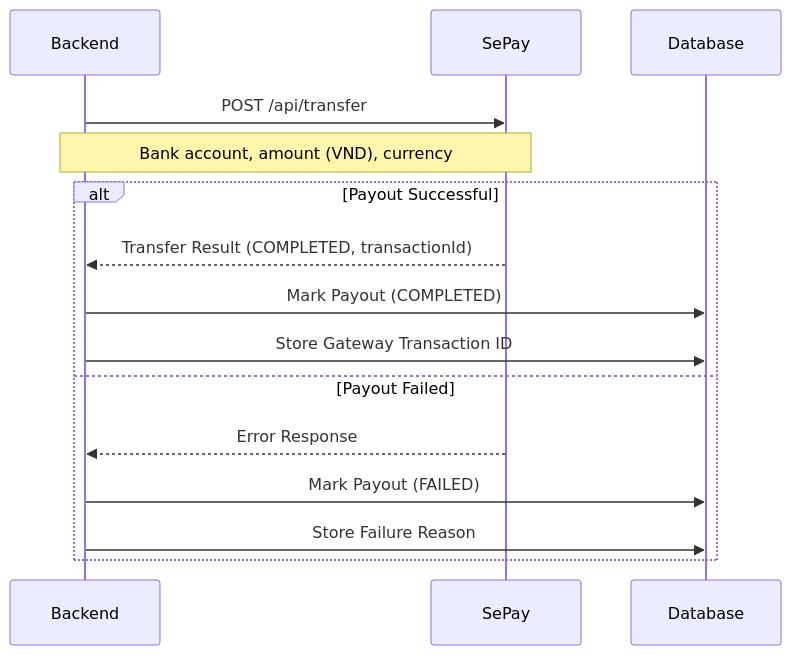
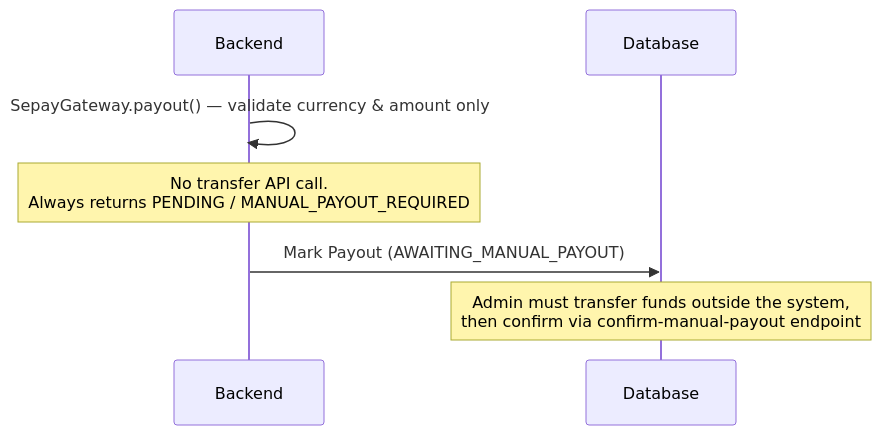
The ninth of 17 diagrams in docs/workflows/payout_workflows.md (HuuLocFIT/EduMind), drawn with Mermaid before and after one commit. The commit also changed other lines of this file and 17 other files, not shown here.

````diff
--- a/docs/workflows/payout_workflows.md
+++ b/docs/workflows/payout_workflows.md
@@ -406,18 +411,10 @@
 ```mermaid
 sequenceDiagram
     participant Backend
-    participant SePay
     participant Database
 
-    Backend->>SePay: POST /api/transfer
-    Note over Backend,SePay: Bank account, amount (VND), currency
-    alt Payout Successful
-        SePay-->>Backend: Transfer Result (COMPLETED, transactionId)
-        Backend->>Database: Mark Payout (COMPLETED)
-        Backend->>Database: Store Gateway Transaction ID
-    else Payout Failed
-        SePay-->>Backend: Error Response
-        Backend->>Database: Mark Payout (FAILED)
-        Backend->>Database: Store Failure Reason
-    end
+    Backend->>Backend: SepayGateway.payout() — validate currency & amount only
+    Note over Backend: No transfer API call.<br/>Always returns PENDING / MANUAL_PAYOUT_REQUIRED
+    Backend->>Database: Mark Payout (AWAITING_MANUAL_PAYOUT)
+    Note over Database: Admin must transfer funds outside the system,<br/>then confirm via confirm-manual-payout endpoint
 ```
````
